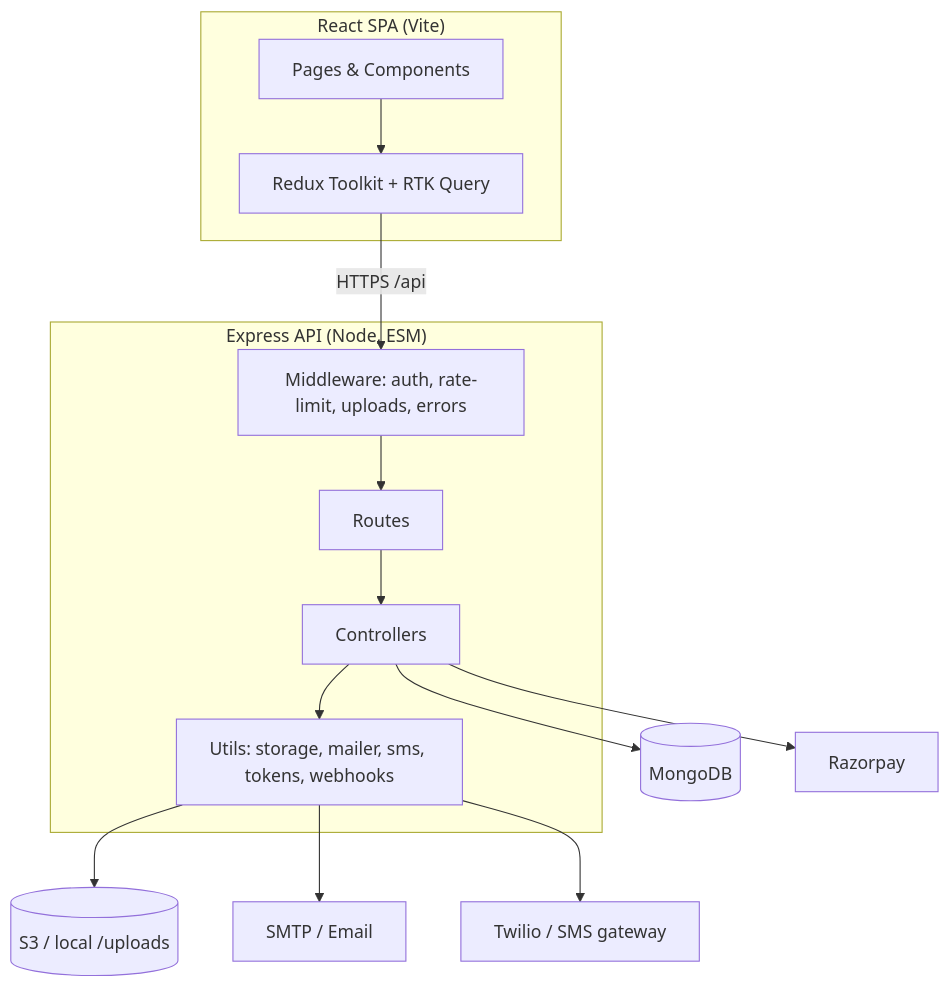
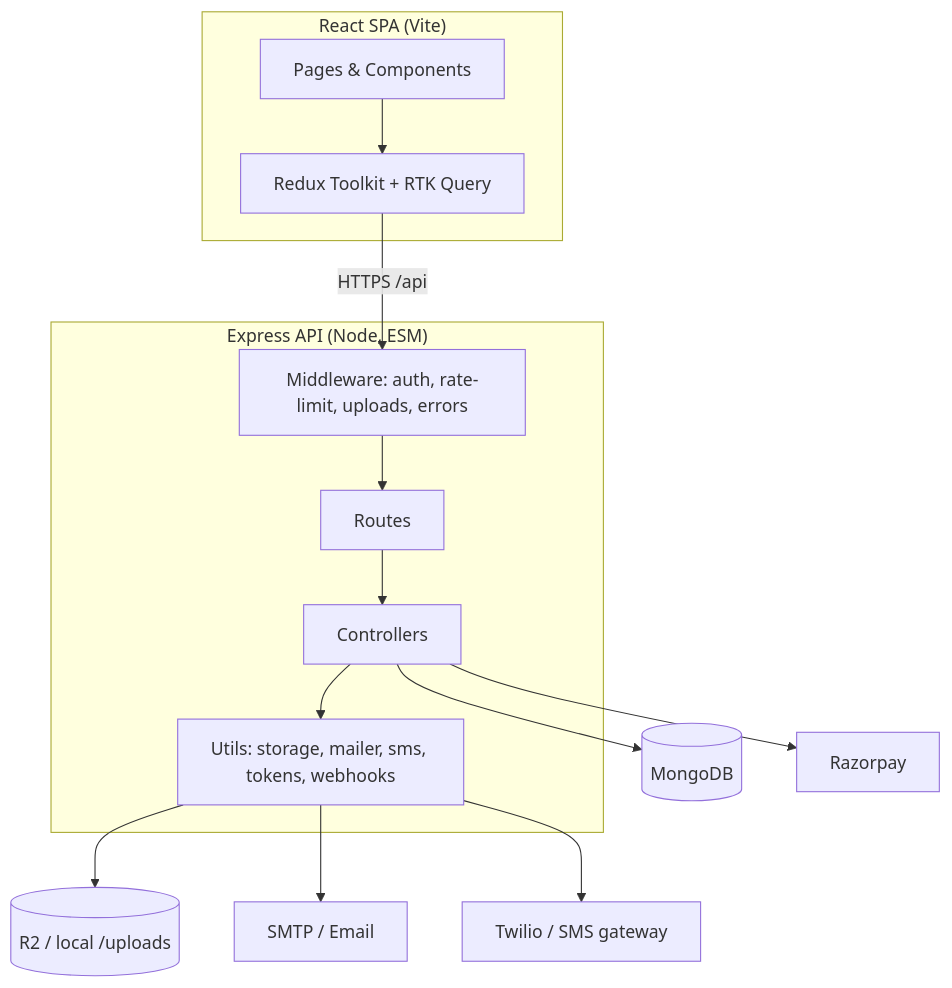
One commit to ahlawataadi/jobapp changed the first of 7 diagrams in docs/ARCHITECTURE.md. Above: the diagram before and after it, drawn with Mermaid. The commit also changed other lines of this file and 10 other files, not shown here.

````diff
--- a/docs/ARCHITECTURE.md
+++ b/docs/ARCHITECTURE.md
@@ -14,29 +14,29 @@
 ```mermaid
 graph TD
   subgraph Client["React SPA (Vite)"]
     UI[Pages & Components]
     RTK[Redux Toolkit + RTK Query]
     UI --> RTK
   end
 
   subgraph Server["Express API (Node, ESM)"]
     MW[Middleware: auth, rate-limit, uploads, errors]
     RT[Routes]
     CTRL[Controllers]
     UTIL[Utils: storage, mailer, sms, tokens, webhooks]
     MW --> RT --> CTRL --> UTIL
   end
 
   DB[(MongoDB)]
-  S3[(S3 / local /uploads)]
+  R2[(R2 / local /uploads)]
   RZP[Razorpay]
   MAIL[SMTP / Email]
   SMS[Twilio / SMS gateway]
 
   RTK -- HTTPS /api --> MW
   CTRL --> DB
-  UTIL --> S3
+  UTIL --> R2
   CTRL --> RZP
   UTIL --> MAIL
   UTIL --> SMS
 ```
````
